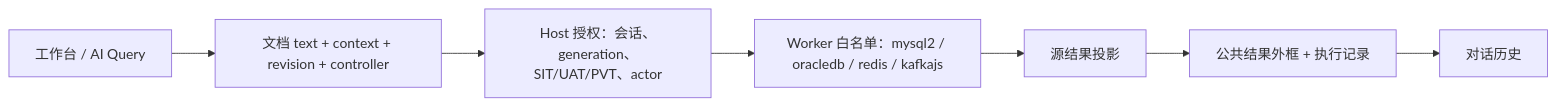
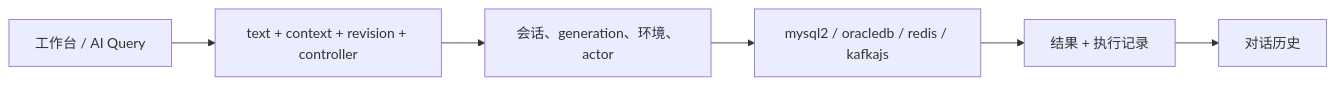
Before and after one commit to zhuoxiaoshuai/dsh-database: the diagram in README.zh.md, drawn with Mermaid. The commit also changed other lines of this file and 1 other file, not shown here.

````diff
--- a/README.zh.md
+++ b/README.zh.md
@@ -319,9 +165,8 @@
 ```mermaid
 flowchart LR
-  UI["工作台 / AI Query"] --> Doc["文档 text + context + revision + controller"]
-  Doc --> Auth["Host 授权：会话、generation、SIT/UAT/PVT、actor"]
-  Auth --> Worker["Worker 白名单：mysql2 / oracledb / redis / kafkajs"]
-  Worker --> Proj["源结果投影"]
-  Proj --> Chrome["公共结果外框 + 执行记录"]
-  Chrome --> Hist["对话历史"]
+  UI["工作台 / AI Query"] --> Doc["text + context + revision + controller"]
+  Doc --> Auth["会话、generation、环境、actor"]
+  Auth --> Worker["mysql2 / oracledb / redis / kafkajs"]
+  Worker --> Rec["结果 + 执行记录"]
+  Rec --> Hist["对话历史"]
 ```
````
